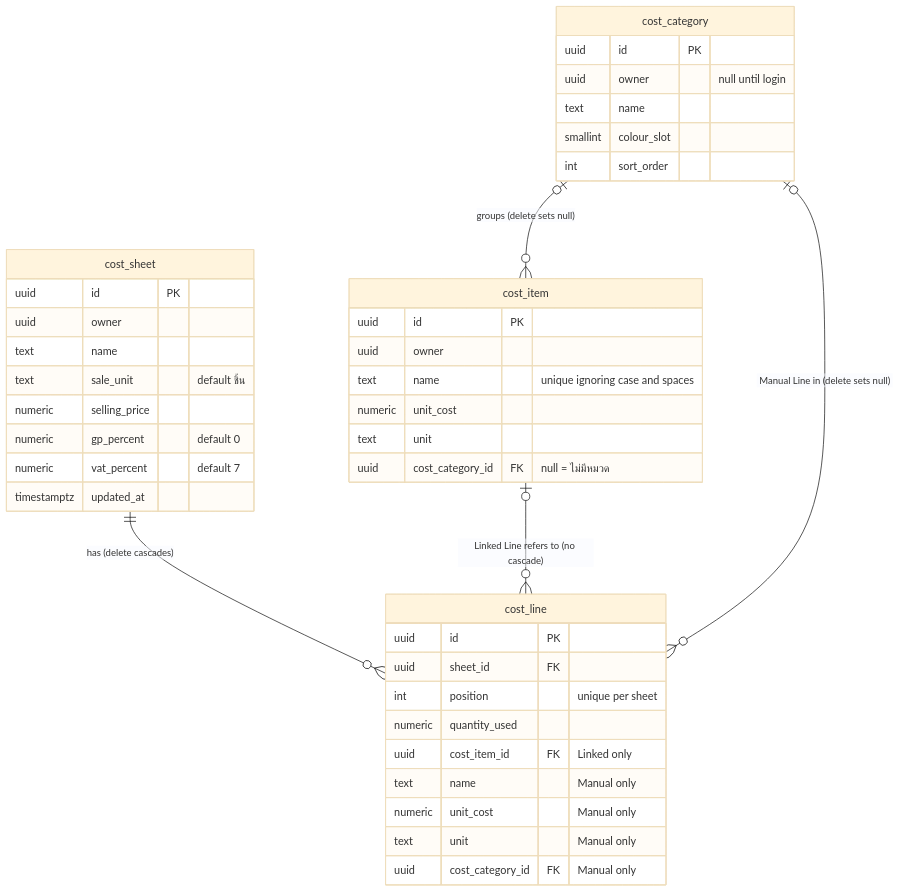
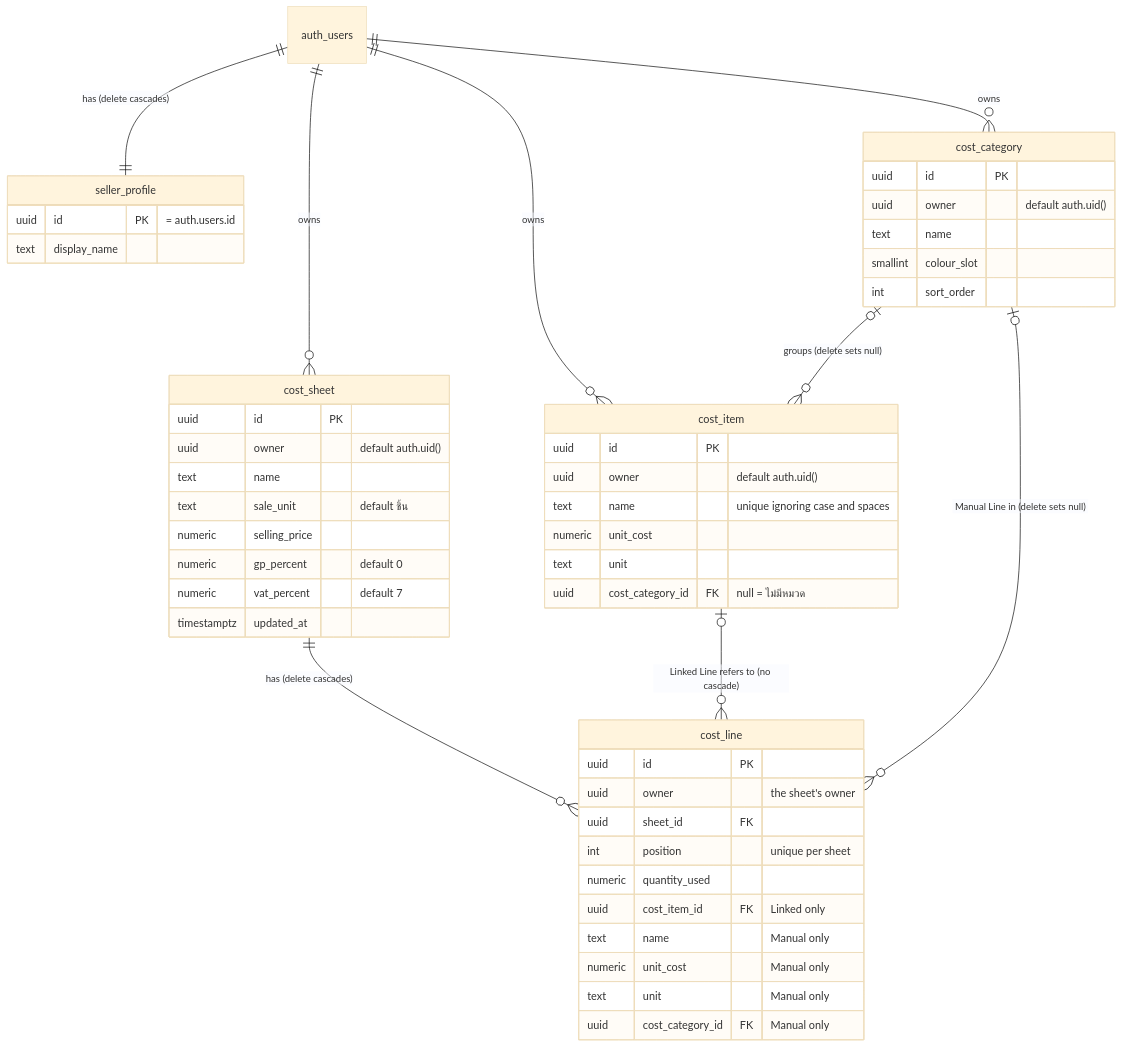
The diagram in docs/documents/data-model.md (chuan-khuna/gumrai), drawn with Mermaid (base theme) before and after one commit. The commit also changed other lines of this file and 7 other files, not shown here.

````diff
--- a/docs/documents/data-model.md
+++ b/docs/documents/data-model.md
@@ -7,44 +7,53 @@
 ```mermaid
 erDiagram
+	auth_users ||--|| seller_profile : "has (delete cascades)"
+	auth_users ||--o{ cost_category : "owns"
+	auth_users ||--o{ cost_item : "owns"
+	auth_users ||--o{ cost_sheet : "owns"
 	cost_sheet ||--o{ cost_line : "has (delete cascades)"
 	cost_item |o--o{ cost_line : "Linked Line refers to (no cascade)"
 	cost_category |o--o{ cost_item : "groups (delete sets null)"
 	cost_category |o--o{ cost_line : "Manual Line in (delete sets null)"
 
+	seller_profile {
+		uuid id PK "= auth.users.id"
+		text display_name
+	}
 	cost_category {
 		uuid id PK
-		uuid owner "null until login"
+		uuid owner "default auth.uid()"
 		text name
 		smallint colour_slot
 		int sort_order
 	}
 	cost_item {
 		uuid id PK
-		uuid owner
+		uuid owner "default auth.uid()"
 		text name "unique ignoring case and spaces"
 		numeric unit_cost
 		text unit
 		uuid cost_category_id FK "null = ไม่มีหมวด"
 	}
 	cost_sheet {
 		uuid id PK
-		uuid owner
+		uuid owner "default auth.uid()"
 		text name
 		text sale_unit "default ชิ้น"
 		numeric selling_price
 		numeric gp_percent "default 0"
 		numeric vat_percent "default 7"
 		timestamptz updated_at
 	}
 	cost_line {
 		uuid id PK
+		uuid owner "the sheet's owner"
 		uuid sheet_id FK
 		int position "unique per sheet"
 		numeric quantity_used
 		uuid cost_item_id FK "Linked only"
 		text name "Manual only"
 		numeric unit_cost "Manual only"
 		text unit "Manual only"
 		uuid cost_category_id FK "Manual only"
 	}
 ```
````
